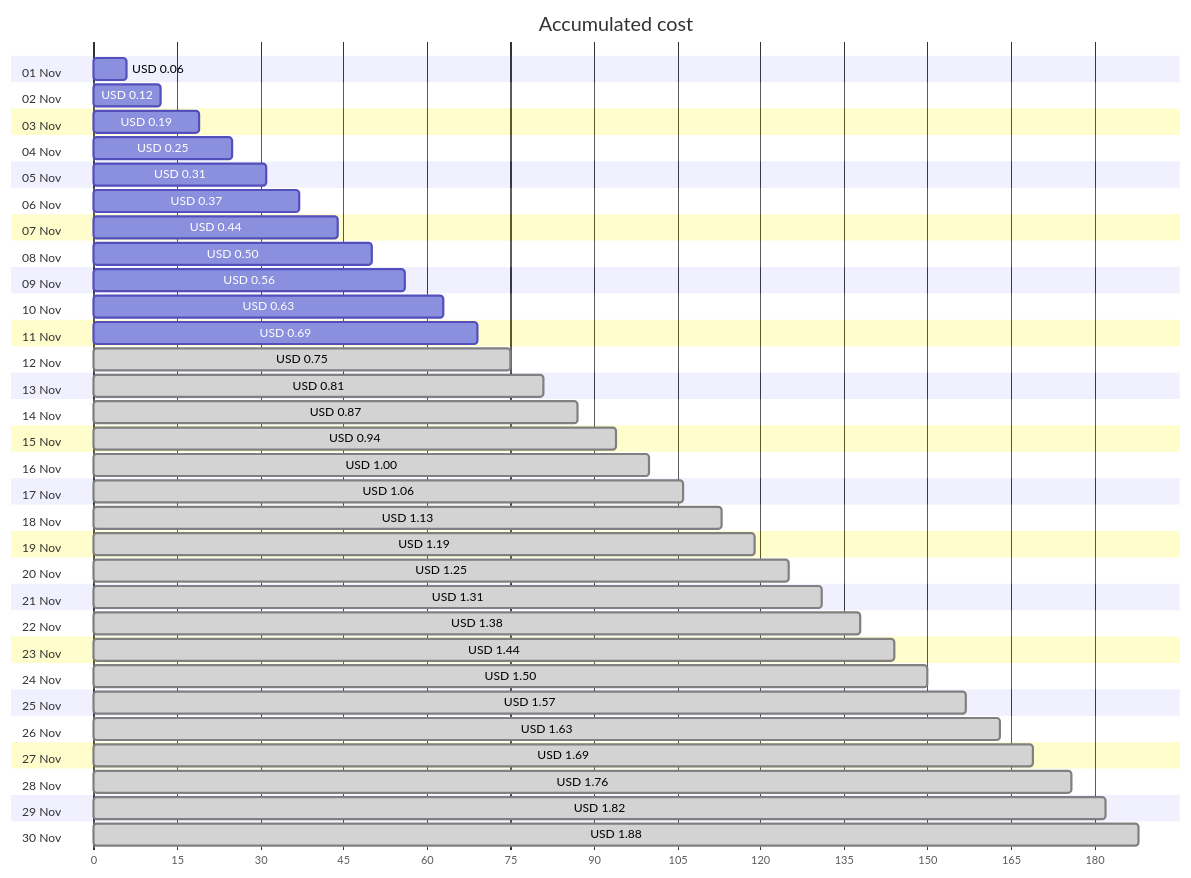
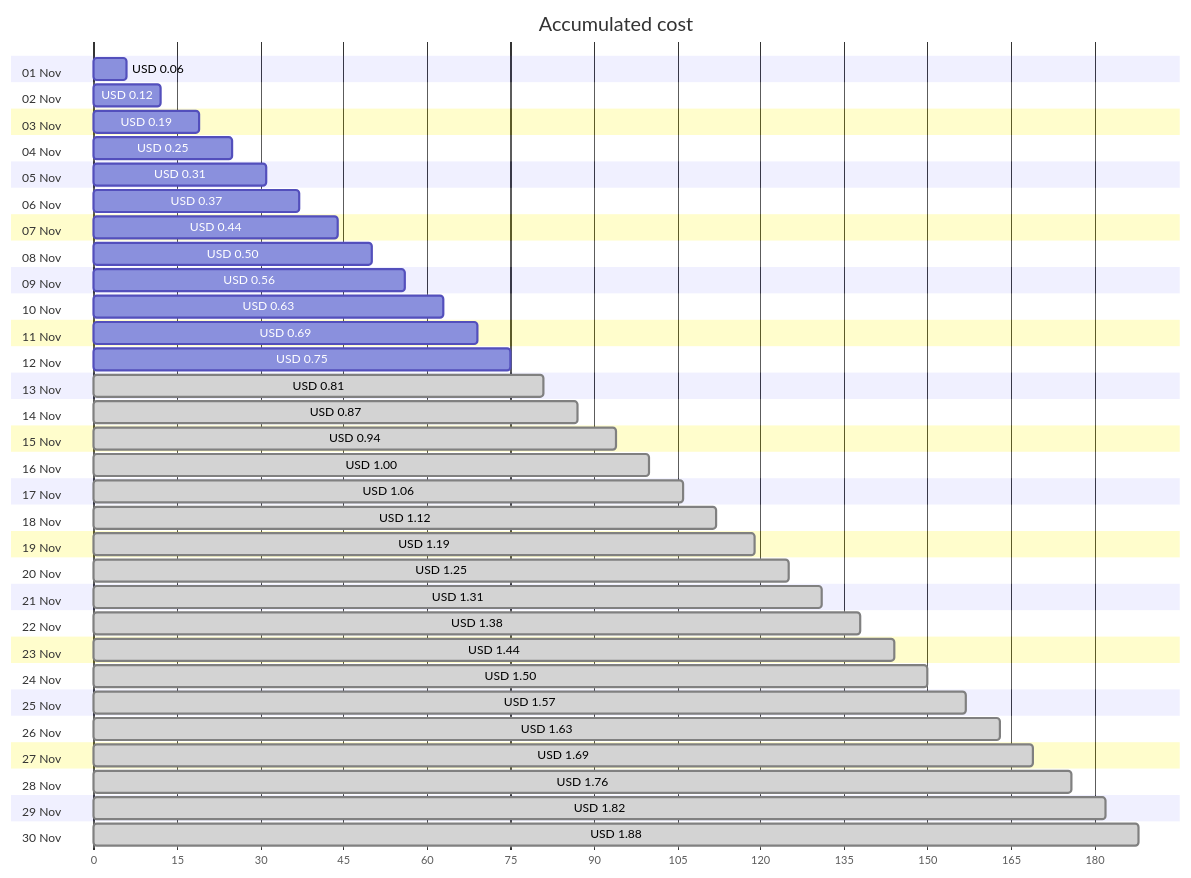
The first of 4 diagrams in cost-reports/personal-network/backup-server_OsDisk.md (jpfulton/azure-personal-reports), drawn with Mermaid before and after one commit. The commit also changed other lines of this file and 8 other files, not shown here.

````diff
--- a/cost-reports/personal-network/backup-server_OsDisk.md
+++ b/cost-reports/personal-network/backup-server_OsDisk.md
@@ -20,66 +20,66 @@
 ```mermaid
 gantt
    title Accumulated cost
    dateFormat  X
    axisFormat %s
    section 01 Nov
    USD 0.06 :0, 6
    section 02 Nov
    USD 0.12 :0, 12
    section 03 Nov
    USD 0.19 :0, 19
    section 04 Nov
    USD 0.25 :0, 25
    section 05 Nov
    USD 0.31 :0, 31
    section 06 Nov
    USD 0.37 :0, 37
    section 07 Nov
    USD 0.44 :0, 44
    section 08 Nov
    USD 0.50 :0, 50
    section 09 Nov
    USD 0.56 :0, 56
    section 10 Nov
    USD 0.63 :0, 63
    section 11 Nov
    USD 0.69 :0, 69
    section 12 Nov
-   USD 0.75 : done, 0, 75
+   USD 0.75 :0, 75
    section 13 Nov
    USD 0.81 : done, 0, 81
    section 14 Nov
    USD 0.87 : done, 0, 87
    section 15 Nov
    USD 0.94 : done, 0, 94
    section 16 Nov
    USD 1.00 : done, 0, 100
    section 17 Nov
    USD 1.06 : done, 0, 106
    section 18 Nov
-   USD 1.13 : done, 0, 113
+   USD 1.12 : done, 0, 112
    section 19 Nov
    USD 1.19 : done, 0, 119
    section 20 Nov
    USD 1.25 : done, 0, 125
    section 21 Nov
    USD 1.31 : done, 0, 131
    section 22 Nov
    USD 1.38 : done, 0, 138
    section 23 Nov
    USD 1.44 : done, 0, 144
    section 24 Nov
    USD 1.50 : done, 0, 150
    section 25 Nov
    USD 1.57 : done, 0, 157
    section 26 Nov
    USD 1.63 : done, 0, 163
    section 27 Nov
    USD 1.69 : done, 0, 169
    section 28 Nov
    USD 1.76 : done, 0, 176
    section 29 Nov
    USD 1.82 : done, 0, 182
    section 30 Nov
    USD 1.88 : done, 0, 188
 ```
````
